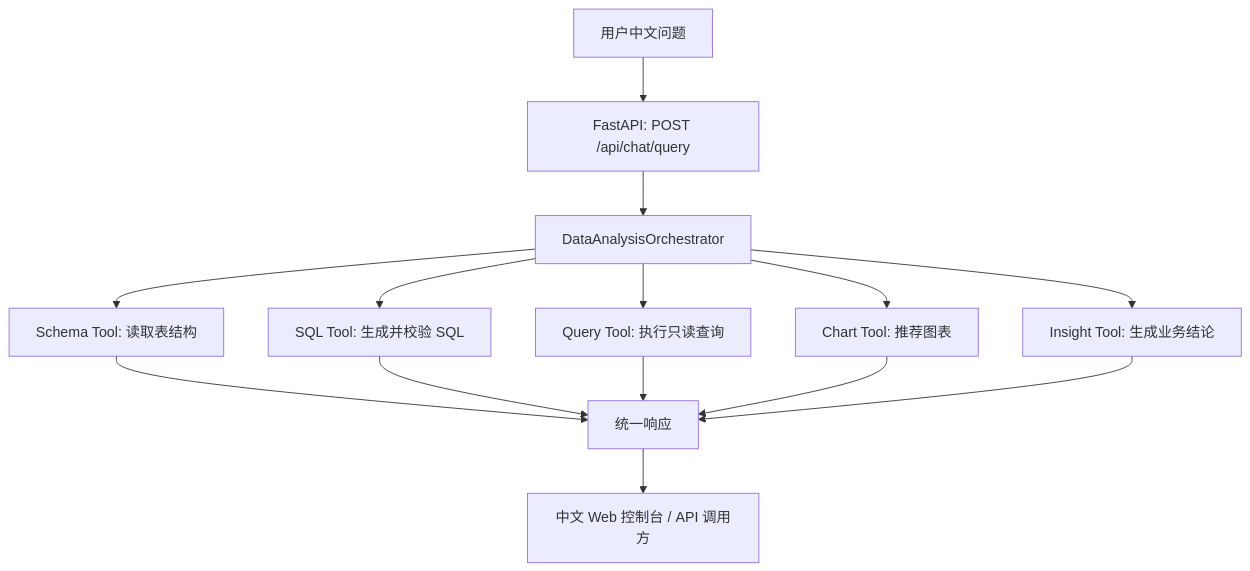
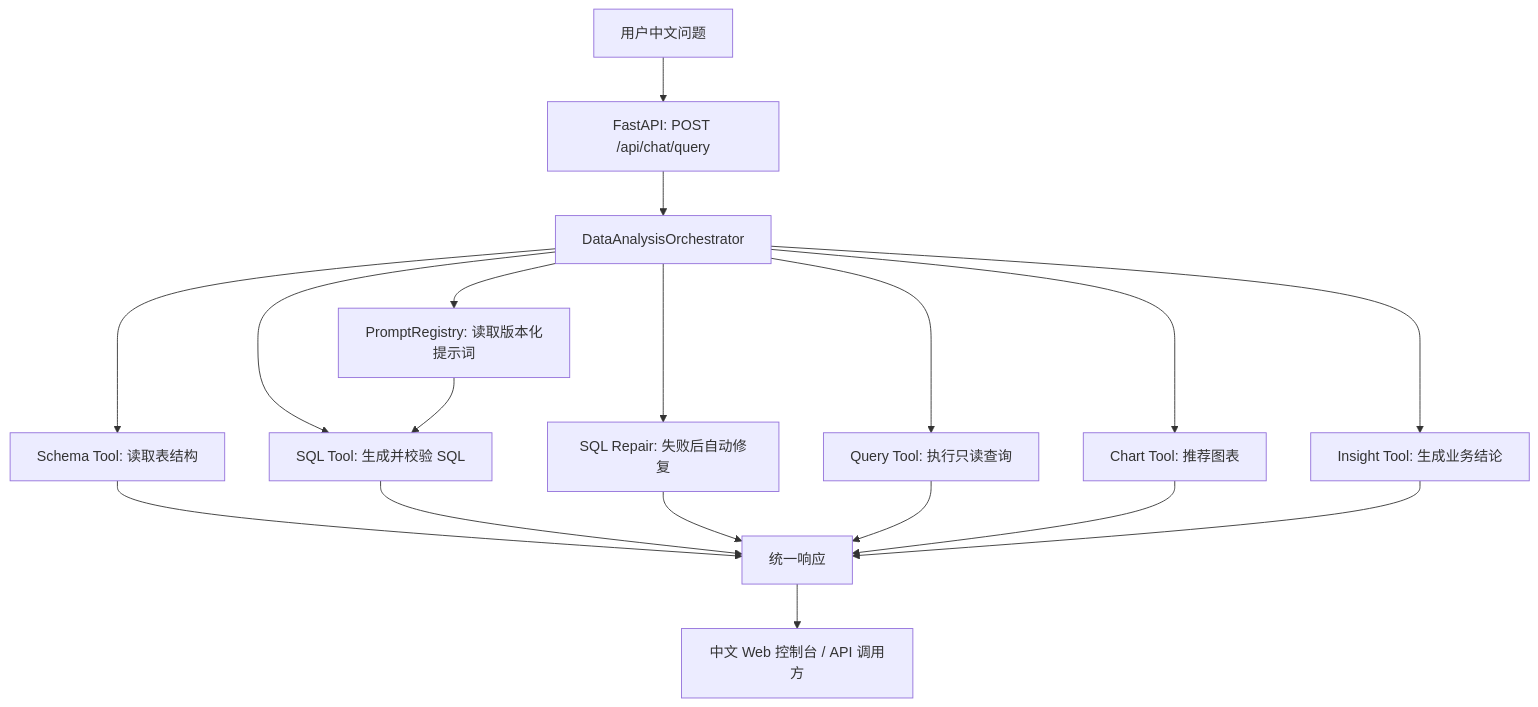
One commit to chenpan979/DataWhisperer changed the diagram in README.md. Above: the diagram before and after it, drawn with Mermaid. The commit also changed other lines of this file and 22 other files, not shown here.

Commit message:
feat: add PromptOps and SQL repair v2

````diff
--- a/README.md
+++ b/README.md
@@ -29,16 +39,20 @@
 ```mermaid
 flowchart TD
     U["用户中文问题"] --> API["FastAPI: POST /api/chat/query"]
     API --> O["DataAnalysisOrchestrator"]
     O --> S["Schema Tool: 读取表结构"]
+    O --> P["PromptRegistry: 读取版本化提示词"]
     O --> SQL["SQL Tool: 生成并校验 SQL"]
+    O --> RPAIR["SQL Repair: 失败后自动修复"]
     O --> Q["Query Tool: 执行只读查询"]
     O --> C["Chart Tool: 推荐图表"]
     O --> I["Insight Tool: 生成业务结论"]
     S --> R["统一响应"]
+    P --> SQL
     SQL --> R
+    RPAIR --> R
     Q --> R
     C --> R
     I --> R
     R --> UI["中文 Web 控制台 / API 调用方"]
 ```
````
